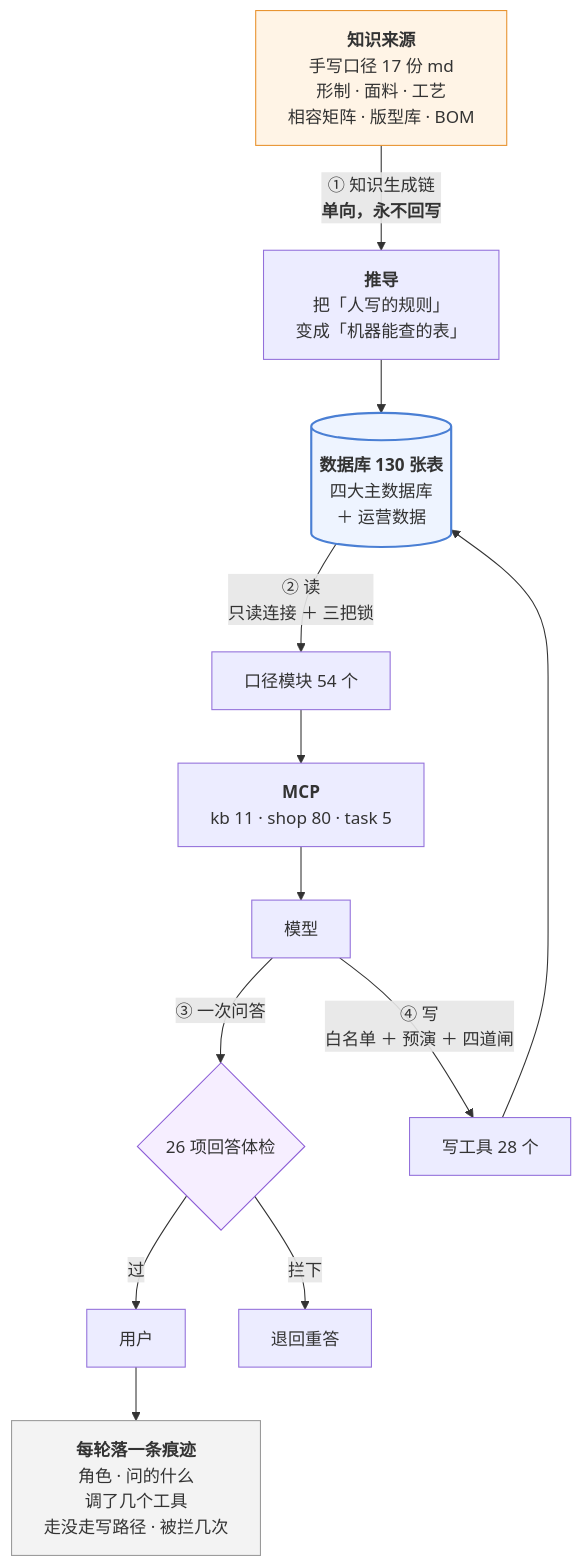
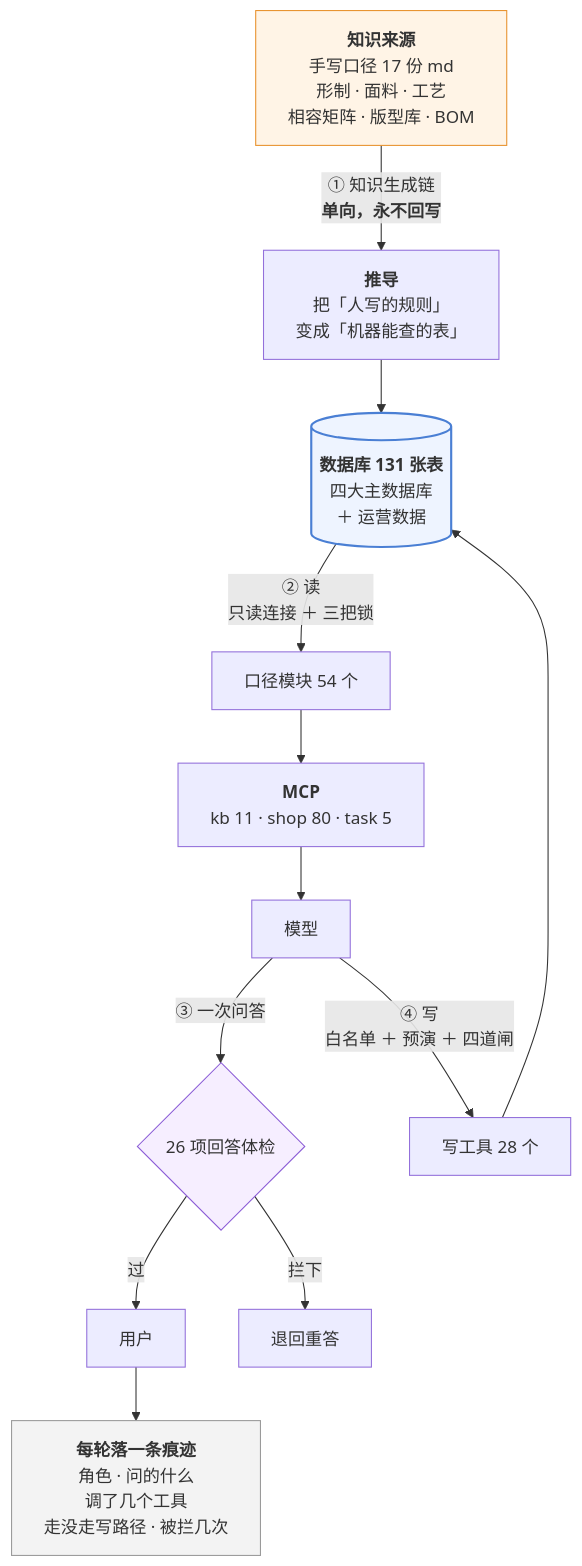
The third of 3 diagrams in 澜绣云裳agent-产品说明.md (843773296-rgb/lanxiu-yunshang-agent), drawn with Mermaid before and after one commit. The commit also changed other lines of this file and 9 other files, not shown here.

````diff
--- a/澜绣云裳agent-产品说明.md
+++ b/澜绣云裳agent-产品说明.md
@@ -1015,24 +1015,24 @@
 ```mermaid
 flowchart TD
     MD["<b>知识来源</b><br/>手写口径 17 份 md<br/>形制 · 面料 · 工艺<br/>相容矩阵 · 版型库 · BOM"]
     MD -->|"① 知识生成链<br/><b>单向，永不回写</b>"| DV["<b>推导</b><br/>把「人写的规则」<br/>变成「机器能查的表」"]
-    DV --> DB[("<b>数据库 130 张表</b><br/>四大主数据库<br/>＋ 运营数据")]
+    DV --> DB[("<b>数据库 131 张表</b><br/>四大主数据库<br/>＋ 运营数据")]
 
     DB -->|"② 读<br/>只读连接 ＋ 三把锁"| KJ["口径模块 54 个"]
     KJ --> MCP["<b>MCP</b><br/>kb 11 · shop 80 · task 5"]
     MCP --> LLM["模型"]
 
     LLM -->|"③ 一次问答"| GD{"26 项回答体检"}
     GD -- 过 --> U["用户"]
     GD -- 拦下 --> RE["退回重答"]
 
     LLM -->|"④ 写<br/>白名单 ＋ 预演 ＋ 四道闸"| W["写工具 28 个"]
     W --> DB
 
     U --> TR["<b>每轮落一条痕迹</b><br/>角色 · 问的什么<br/>调了几个工具<br/>走没走写路径 · 被拦几次"]
 
     style MD fill:#fff4e6,stroke:#e8912d
     style DB fill:#eef4ff,stroke:#4a7fd4,stroke-width:2px
     style GD fill:#f6eeff,stroke:#8b5cd6
     style TR fill:#f3f3f3,stroke:#999
 ```
````
